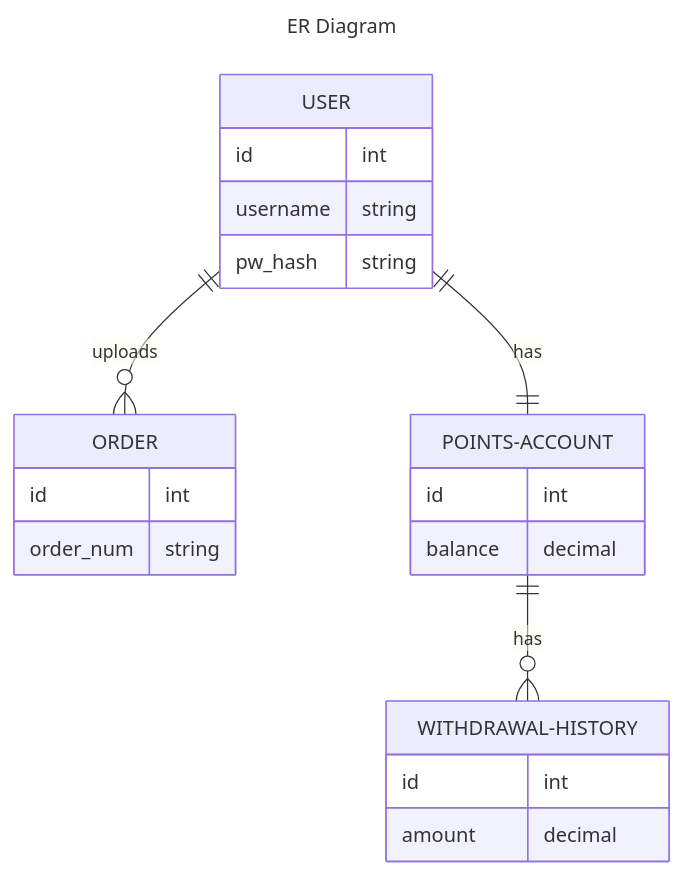
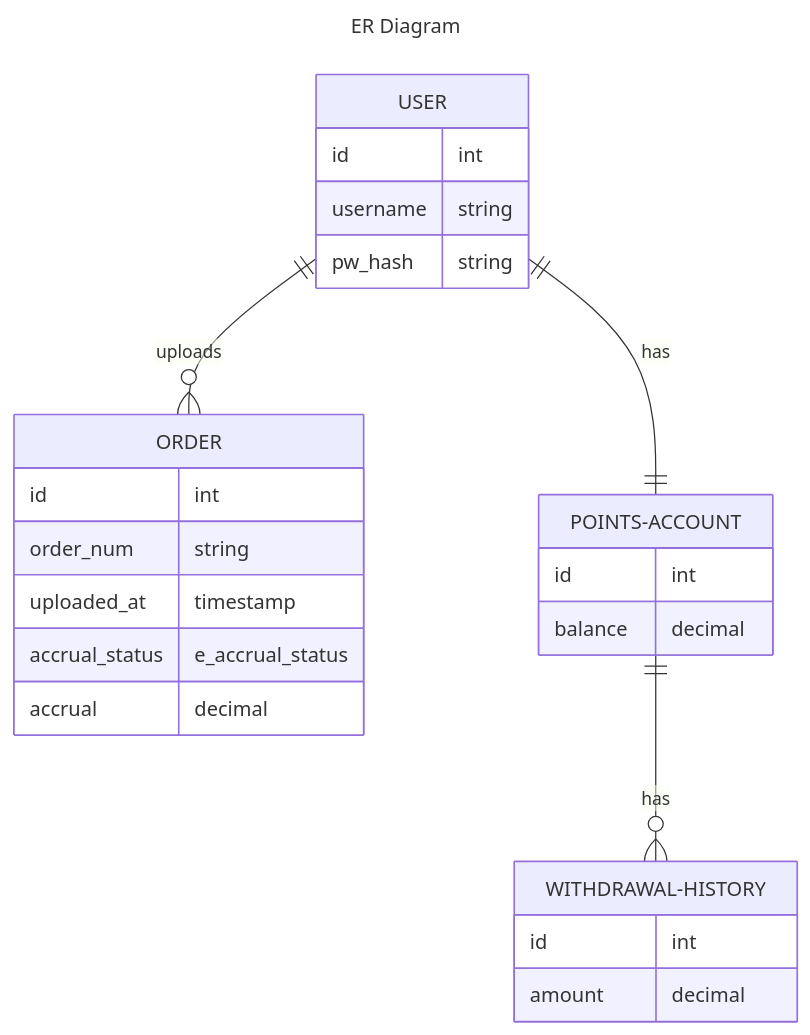
The diagram in docs/ER.md (rovany706/loyalty-gopher), drawn with Mermaid before and after one commit. The commit also changed 17 other files, not shown here.

````diff
--- a/docs/ER.md
+++ b/docs/ER.md
@@ -1,26 +1,29 @@
 ```mermaid
 ---
 title: ER Diagram
 ---
 erDiagram
     USER ||--o{ ORDER : uploads
     USER {
         id int
         username string
         pw_hash string
     }
     ORDER {
         id int
         order_num string
+        uploaded_at timestamp
+        accrual_status e_accrual_status
+        accrual decimal
     }
     USER ||--|| POINTS-ACCOUNT : has
     POINTS-ACCOUNT {
         id int
         balance decimal
     }
     POINTS-ACCOUNT ||--o{ WITHDRAWAL-HISTORY : has
     WITHDRAWAL-HISTORY {
         id int
         amount decimal
     }
 ```
````
